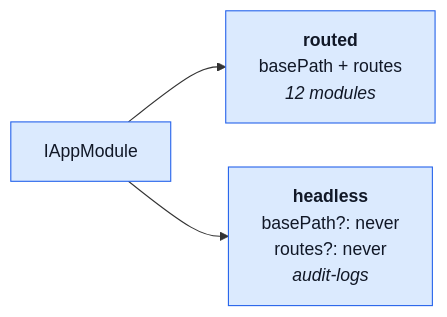
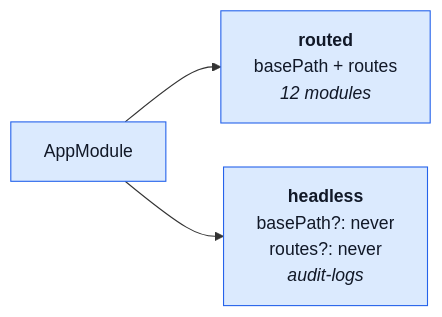
The fifth of 8 diagrams in docs/theory/modules.md (Guebbit/boilerplate-node-backend), drawn with Mermaid before and after one commit. The commit also changed other lines of this file and 44 other files, not shown here.

````diff
--- a/docs/theory/modules.md
+++ b/docs/theory/modules.md
@@ -293,11 +310,11 @@
 ```mermaid
 %%{init: {'flowchart': {'nodeSpacing': 40, 'rankSpacing': 50}}}%%
 flowchart LR
-    IAM["IAppModule"]
+    IAM["AppModule"]
     R["<b>routed</b><br/>basePath + routes<br/><i>12 modules</i>"]
     H["<b>headless</b><br/>basePath?: never<br/>routes?: never<br/><i>audit-logs</i>"]
     IAM --> R
     IAM --> H
     classDef t fill:#dbeafe,stroke:#2563eb,color:#111827;
     class IAM,R,H t;
 ```
````
